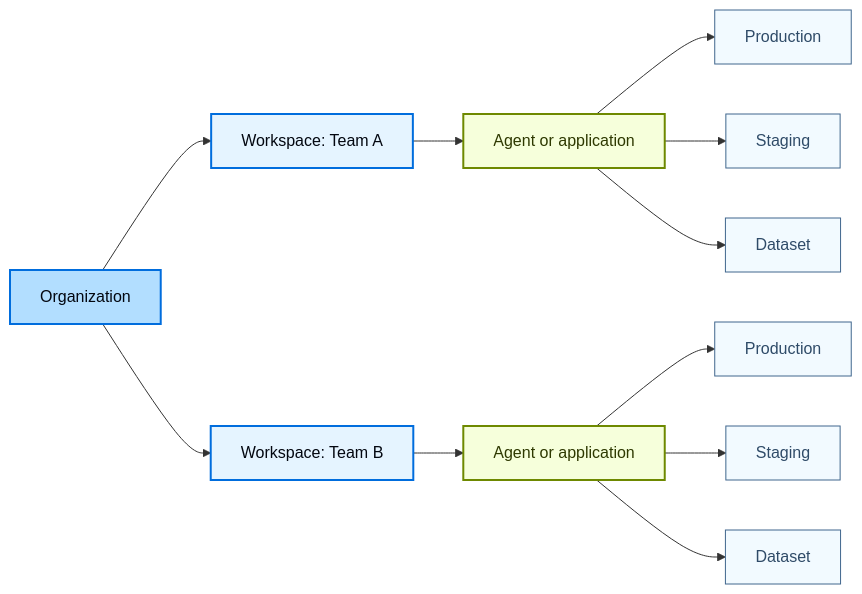
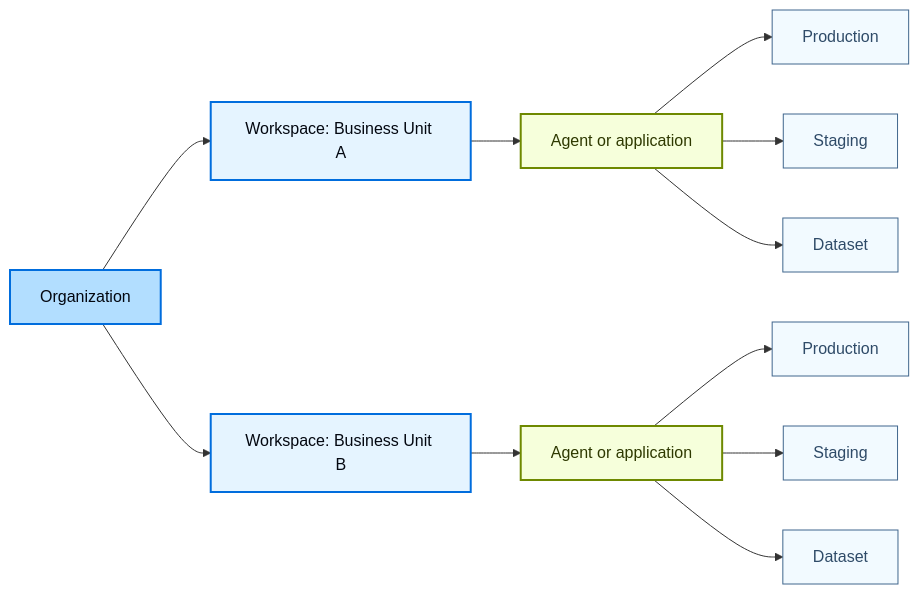
One commit to Eyre921/ofiicial-developer-docs changed the first of 2 diagrams in agent-frameworks/langchain/pages/langsmith/workload-isolation.md. Above: the diagram before and after it, drawn with Mermaid. The commit also changed other lines of this file and 976 other files, not shown here.

````diff
--- a/agent-frameworks/langchain/pages/langsmith/workload-isolation.md
+++ b/agent-frameworks/langchain/pages/langsmith/workload-isolation.md
@@ -32,42 +42,42 @@
 ```mermaid actions={false} theme={"theme":{"light":"catppuccin-latte","dark":"catppuccin-mocha"}}
 graph LR
     Org[Organization]
 
-    WS1[Workspace: Team A]
-    WS2[Workspace: Team B]
+    WS1[Workspace: Business Unit A]
+    WS2[Workspace: Business Unit B]
 
     AgentA[Agent or application]
     AgentB[Agent or application]
 
     ProdA[Production]
     StagingA[Staging]
     DatasetA[Dataset]
 
     ProdB[Production]
     StagingB[Staging]
     DatasetB[Dataset]
 
     Org --> WS1
     Org --> WS2
 
     WS1 --> AgentA
     WS2 --> AgentB
 
     AgentA --> ProdA
     AgentA --> StagingA
     AgentA --> DatasetA
 
     AgentB --> ProdB
     AgentB --> StagingB
     AgentB --> DatasetB
 
     classDef orgStyle fill:#B2DEFF,stroke:#006DDD,stroke-width:2px,color:#030710
     classDef wsStyle fill:#E5F4FF,stroke:#006DDD,stroke-width:2px,color:#030710
     classDef appStyle fill:#F6FFDB,stroke:#6E8900,stroke-width:2px,color:#2E3900
     classDef resourceStyle fill:#F2FAFF,stroke:#40668D,stroke-width:1px,color:#2F4B68
 
     class Org orgStyle
     class WS1,WS2 wsStyle
     class AgentA,AgentB appStyle
     class ProdA,StagingA,DatasetA,ProdB,StagingB,DatasetB resourceStyle
 ```
````
